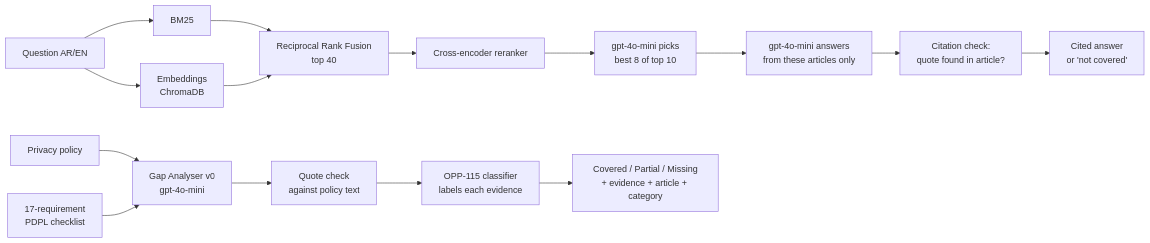
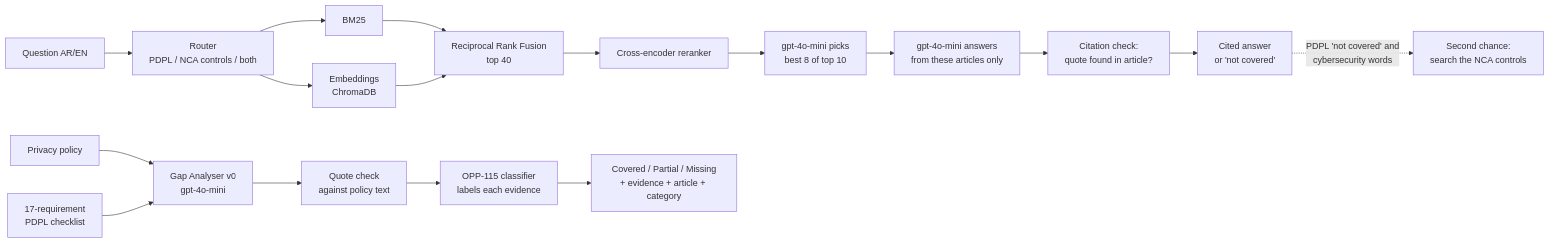
Before and after one commit to dralsarrani/PDPLComplianceCopilot: the diagram in README.md, drawn with Mermaid. The commit also changed other lines of this file, not shown here.

````diff
--- a/README.md
+++ b/README.md
@@ -27,18 +28,20 @@
 ```mermaid
 flowchart LR
-    Q[Question AR/EN] --> B[BM25]
-    Q --> E[Embeddings<br/>ChromaDB]
+    Q[Question AR/EN] --> RT[Router<br/>PDPL / NCA controls / both]
+    RT --> B[BM25]
+    RT --> E[Embeddings<br/>ChromaDB]
     B --> F[Reciprocal Rank Fusion<br/>top 40]
     E --> F
     F --> R[Cross-encoder reranker]
     R --> L[gpt-4o-mini picks<br/>best 8 of top 10]
     L --> A[gpt-4o-mini answers<br/>from these articles only]
     A --> C[Citation check:<br/>quote found in article?]
     C --> OUT[Cited answer<br/>or 'not covered']
+    OUT -. PDPL 'not covered' and<br/>cybersecurity words .-> SC[Second chance:<br/>search the NCA controls]
 
     P[Privacy policy] --> G[Gap Analyser v0<br/>gpt-4o-mini]
     K[17-requirement<br/>PDPL checklist] --> G
     G --> V[Quote check<br/>against policy text]
     V --> CL[OPP-115 classifier<br/>labels each evidence]
     CL --> REP[Covered / Partial / Missing<br/>+ evidence + article + category]
 ```
````
